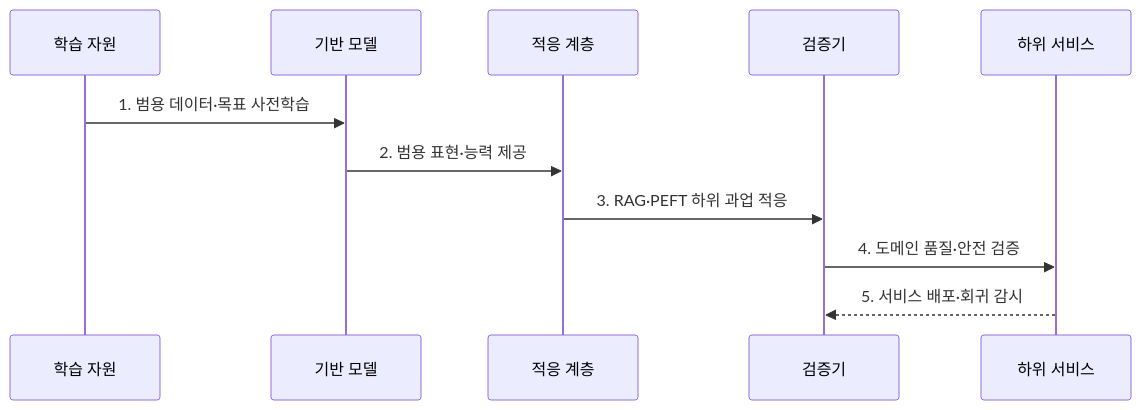
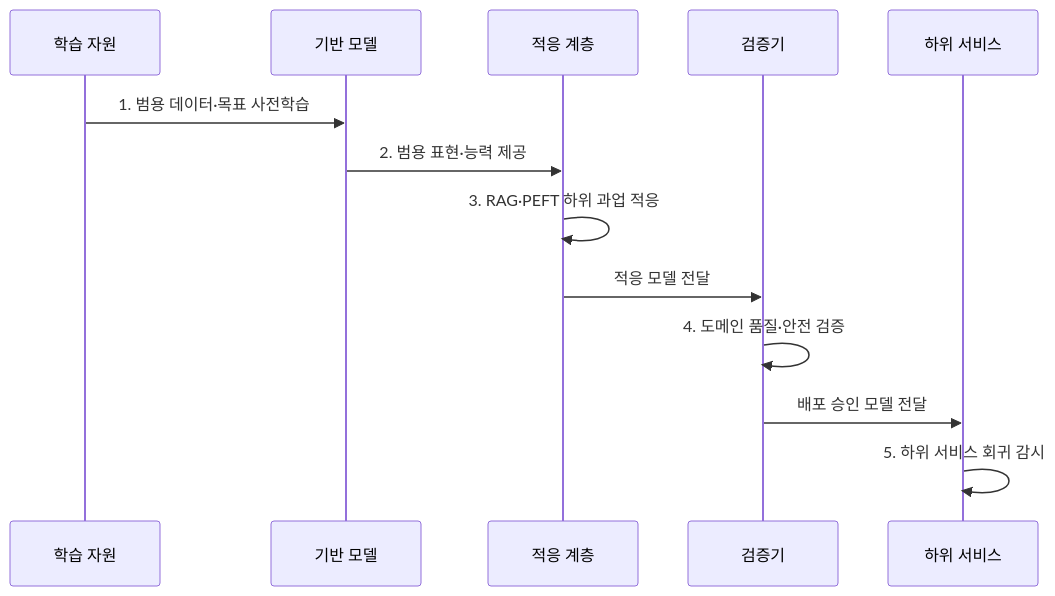
One commit to agnusdei1207/knowledge-base changed the second of 2 diagrams in src/content/docs/notes/08-latest-tech/026_foundation_model.md. Above: the diagram before and after it, drawn with Mermaid. The commit also changed other lines of this file and 225 other files, not shown here.

````diff
--- a/src/content/docs/notes/08-latest-tech/026_foundation_model.md
+++ b/src/content/docs/notes/08-latest-tech/026_foundation_model.md
@@ -78,13 +79,15 @@
 ```mermaid
 sequenceDiagram
     participant D as 학습 자원
     participant M as 기반 모델
     participant A as 적응 계층
     participant V as 검증기
     participant S as 하위 서비스
     D->>M: 1. 범용 데이터·목표 사전학습
     M->>A: 2. 범용 표현·능력 제공
-    A->>V: 3. RAG·PEFT 하위 과업 적응
-    V->>S: 4. 도메인 품질·안전 검증
-    S-->>V: 5. 서비스 배포·회귀 감시
+    A->>A: 3. RAG·PEFT 하위 과업 적응
+    A->>V: 적응 모델 전달
+    V->>V: 4. 도메인 품질·안전 검증
+    V->>S: 배포 승인 모델 전달
+    S->>S: 5. 하위 서비스 회귀 감시
 ```
````
